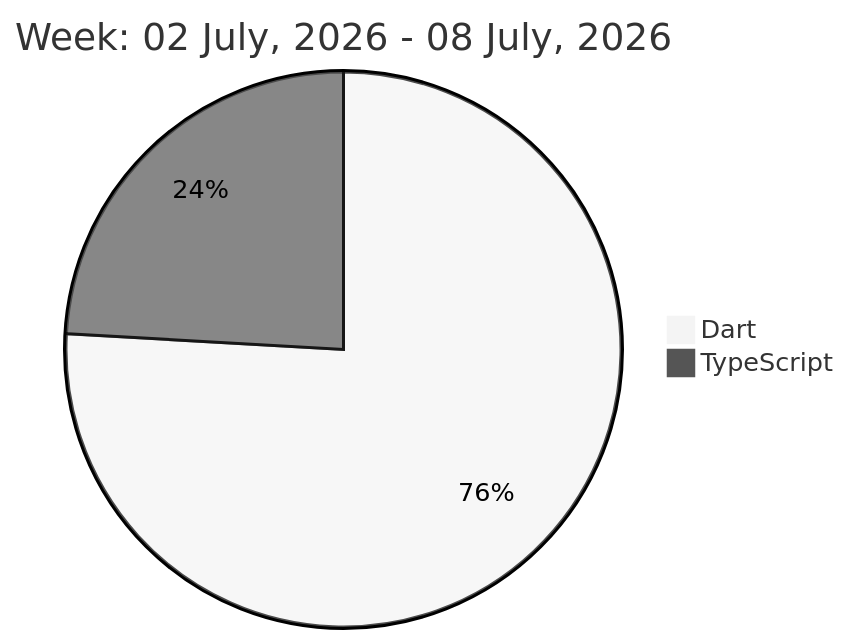
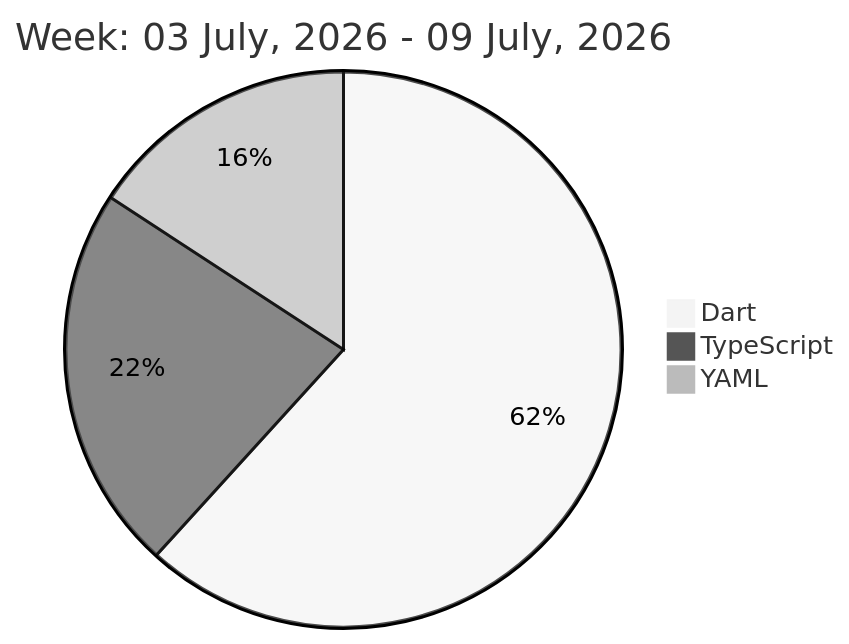
One commit to liubin95/liubin95 changed the diagram in README.md. Above: the diagram before and after it, drawn with Mermaid (neutral theme).

Commit message:
Updated the Graph with new Metrics

````diff
--- a/README.md
+++ b/README.md
@@ -32,6 +32,7 @@
 ```mermaid
  pie
-title Week: 02 July, 2026 - 08 July, 2026
- "Dart" : 10.65
- "TypeScript" : 3.38
+title Week: 03 July, 2026 - 09 July, 2026
+ "Dart" : 7.7
+ "TypeScript" : 2.8
+ "YAML" : 1.97
 ```
````
